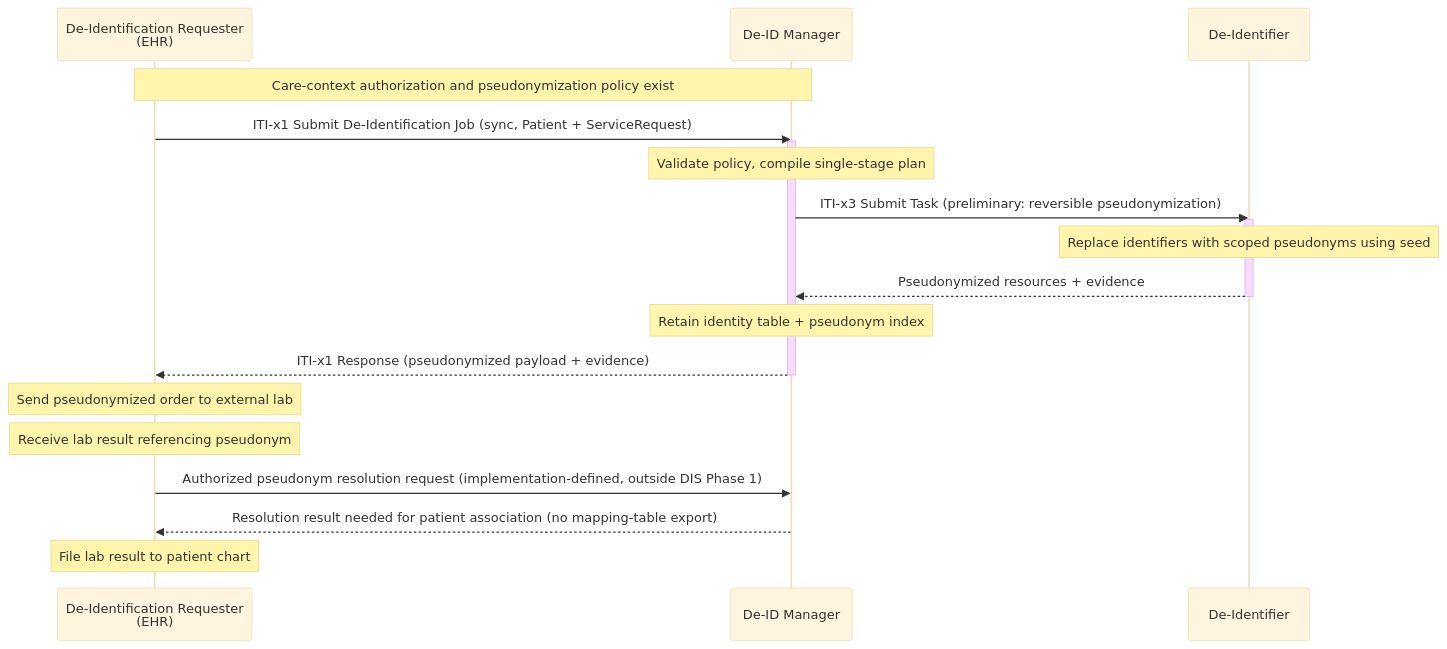
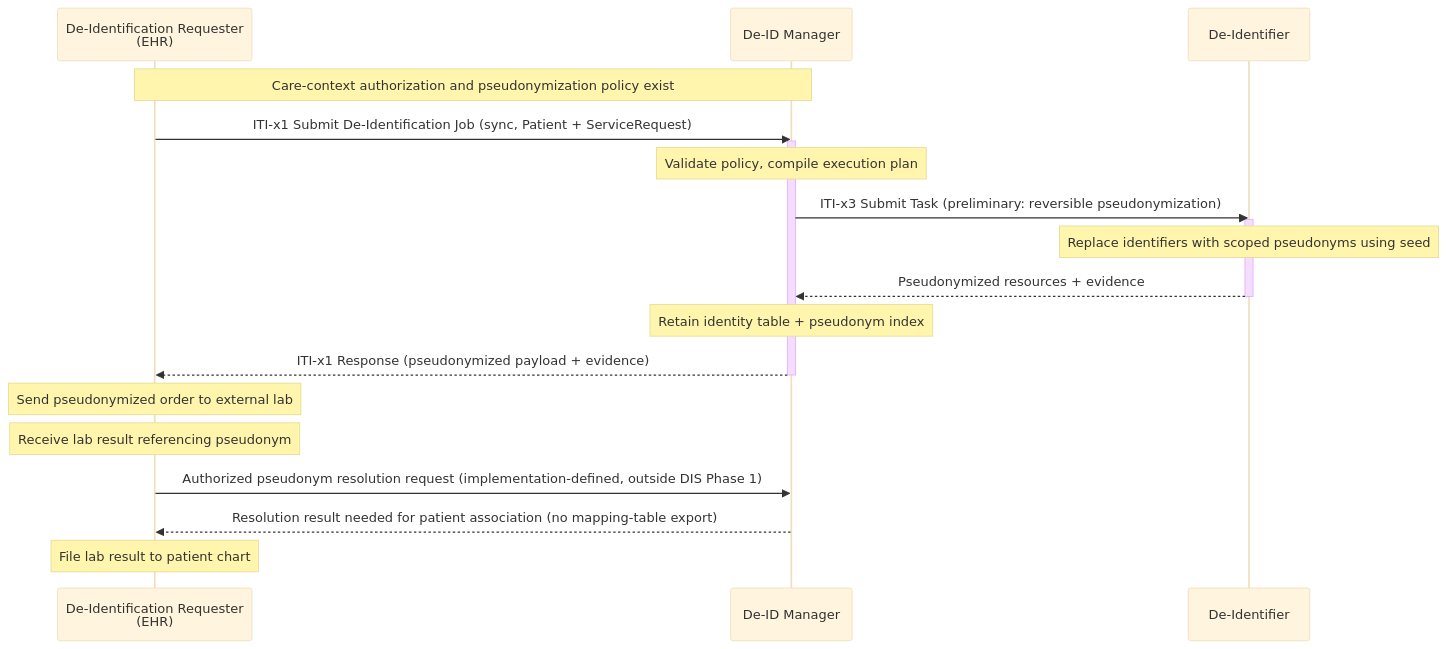
One commit to IHE/ITI.DIS changed the fourth of 6 diagrams in input/pagecontent/volume-1.md. Above: the diagram before and after it, drawn with Mermaid (base theme). The commit also changed other lines of this file and 2 other files, not shown here.

First line of the commit message:
Refactor policy model: RuleSet, Semantic/Syntax-Level, remove namedPlan

````diff
--- a/input/pagecontent/volume-1.md
+++ b/input/pagecontent/volume-1.md
@@ -533,28 +532,28 @@
 ```mermaid
 sequenceDiagram
     participant EHR as De-Identification Requester<br/>(EHR)
     participant MGR as De-ID Manager
     participant DI as De-Identifier
 
     Note over EHR,MGR: Care-context authorization and pseudonymization policy exist
 
     EHR->>MGR: ITI-x1 Submit De-Identification Job (sync, Patient + ServiceRequest)
     activate MGR
-    Note over MGR: Validate policy, compile single-stage plan
+    Note over MGR: Validate policy, compile execution plan
 
     MGR->>DI: ITI-x3 Submit Task (preliminary: reversible pseudonymization)
     activate DI
     Note over DI: Replace identifiers with scoped pseudonyms using seed
     DI-->>MGR: Pseudonymized resources + evidence
     deactivate DI
 
     Note over MGR: Retain identity table + pseudonym index
     MGR-->>EHR: ITI-x1 Response (pseudonymized payload + evidence)
     deactivate MGR
 
     Note over EHR: Send pseudonymized order to external lab
     Note over EHR: Receive lab result referencing pseudonym
     EHR->>MGR: Authorized pseudonym resolution request (implementation-defined, outside DIS Phase 1)
     MGR-->>EHR: Resolution result needed for patient association (no mapping-table export)
     Note over EHR: File lab result to patient chart
 ```
````
